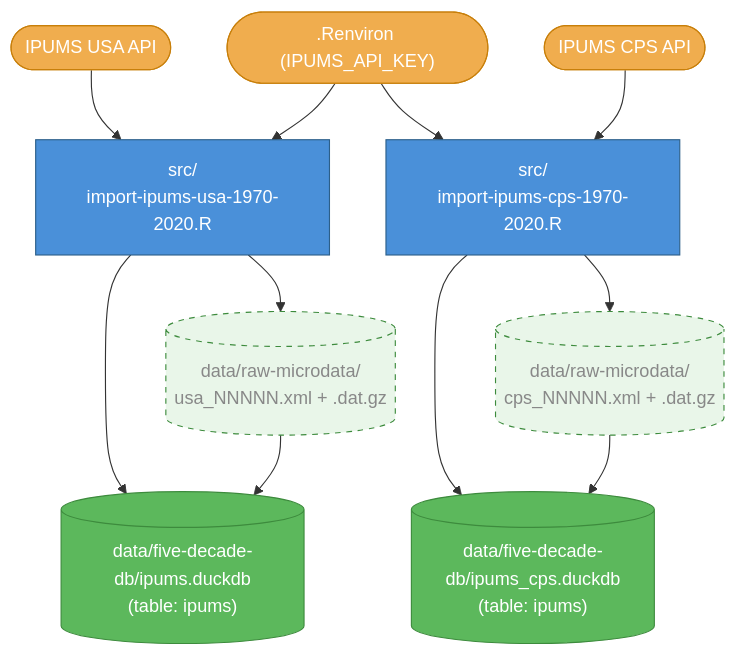
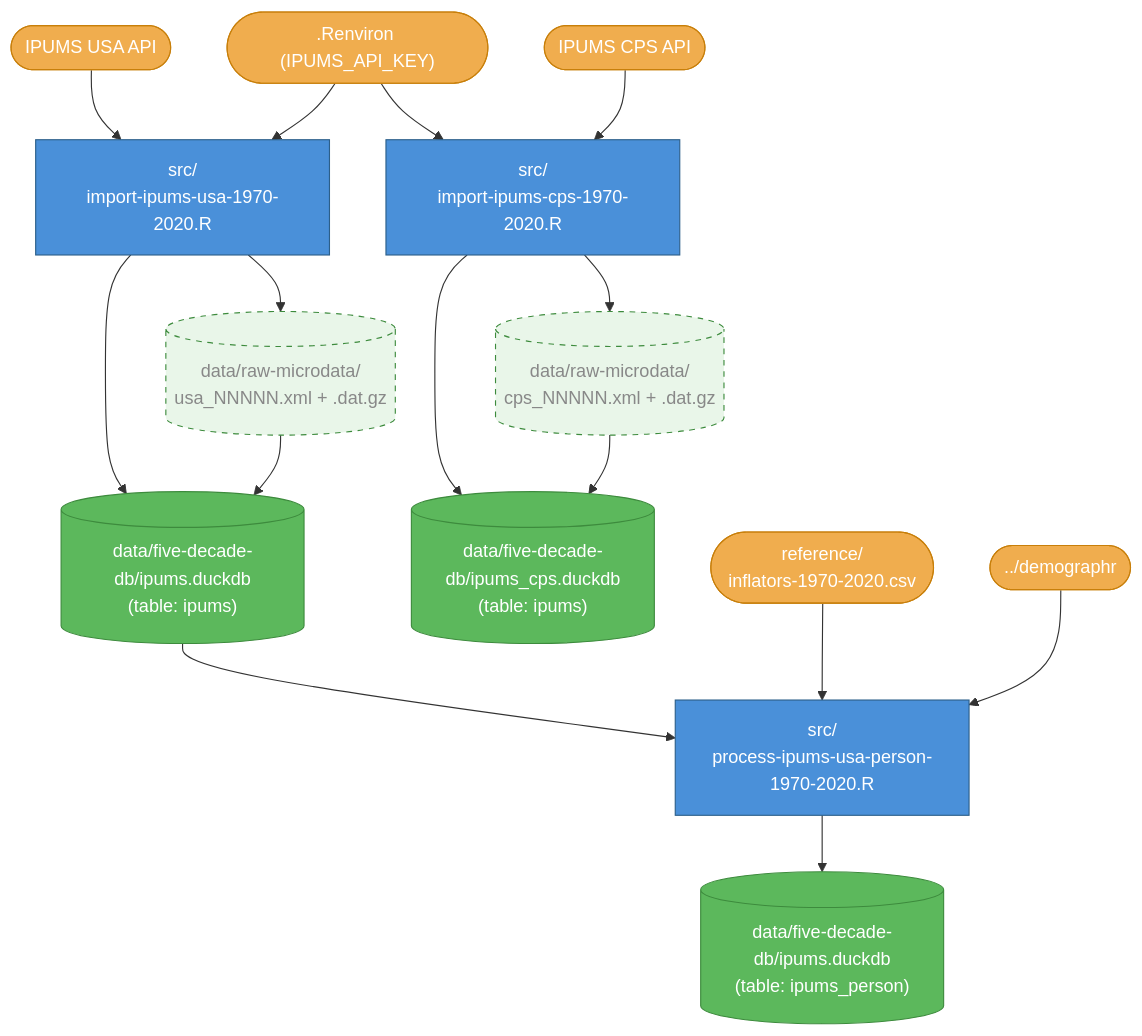
Before and after one commit to lorae/households-over-the-years: the diagram in households-over-the-years/Data flow.md, drawn with Mermaid. The commit also changed 1 other file, not shown here.

Commit message:
refactor: move process-ipums-usa-person to src/, add header and diagram entry
Also adds missing readr library import.

````diff
--- a/households-over-the-years/Data flow.md
+++ b/households-over-the-years/Data flow.md
@@ -16,34 +16,45 @@
 ```mermaid
 flowchart TD
     classDef script fill:#4a90d9,color:#fff,stroke:#2c5f8a
     classDef data fill:#5cb85c,color:#fff,stroke:#3d8b3d
     classDef intermediate fill:#5cb85c22,color:#888,stroke:#3d8b3d,stroke-dasharray:5 5
     classDef input fill:#f0ad4e,color:#fff,stroke:#c87f0a
 
     %% --- Top row: external inputs (order controls left-to-right placement) ---
     ipums_api(["IPUMS USA API"]):::input
     env([".Renviron (IPUMS_API_KEY)"]):::input
     cps_api(["IPUMS CPS API"]):::input
 
     %% --- Import: IPUMS USA ---
     import_usa["src/<br>import-ipums-usa-1970-2020.R"]:::script
     raw_usa[("data/raw-microdata/<br>usa_NNNNN.xml + .dat.gz")]:::intermediate
     ipums_db[("data/five-decade-db/ipums.duckdb<br>(table: ipums)")]:::data
 
     %% --- Import: IPUMS CPS ---
     import_cps["src/<br>import-ipums-cps-1970-2020.R"]:::script
     raw_cps[("data/raw-microdata/<br>cps_NNNNN.xml + .dat.gz")]:::intermediate
     cps_db[("data/five-decade-db/ipums_cps.duckdb<br>(table: ipums)")]:::data
 
     ipums_api --> import_usa
     env --> import_usa
     import_usa --> raw_usa
     import_usa --> ipums_db
     raw_usa --> ipums_db
 
     env --> import_cps
     cps_api --> import_cps
     import_cps --> raw_cps
     import_cps --> cps_db
     raw_cps --> cps_db
+
+    %% --- Process: IPUMS USA person-level ---
+    inflators(["reference/<br>inflators-1970-2020.csv"]):::input
+    demographr(["../demographr"]):::input
+    process_usa["src/<br>process-ipums-usa-person-1970-2020.R"]:::script
+    ipums_person_db[("data/five-decade-db/ipums.duckdb<br>(table: ipums_person)")]:::data
+
+    ipums_db --> process_usa
+    inflators --> process_usa
+    demographr --> process_usa
+    process_usa --> ipums_person_db
 ```
````
